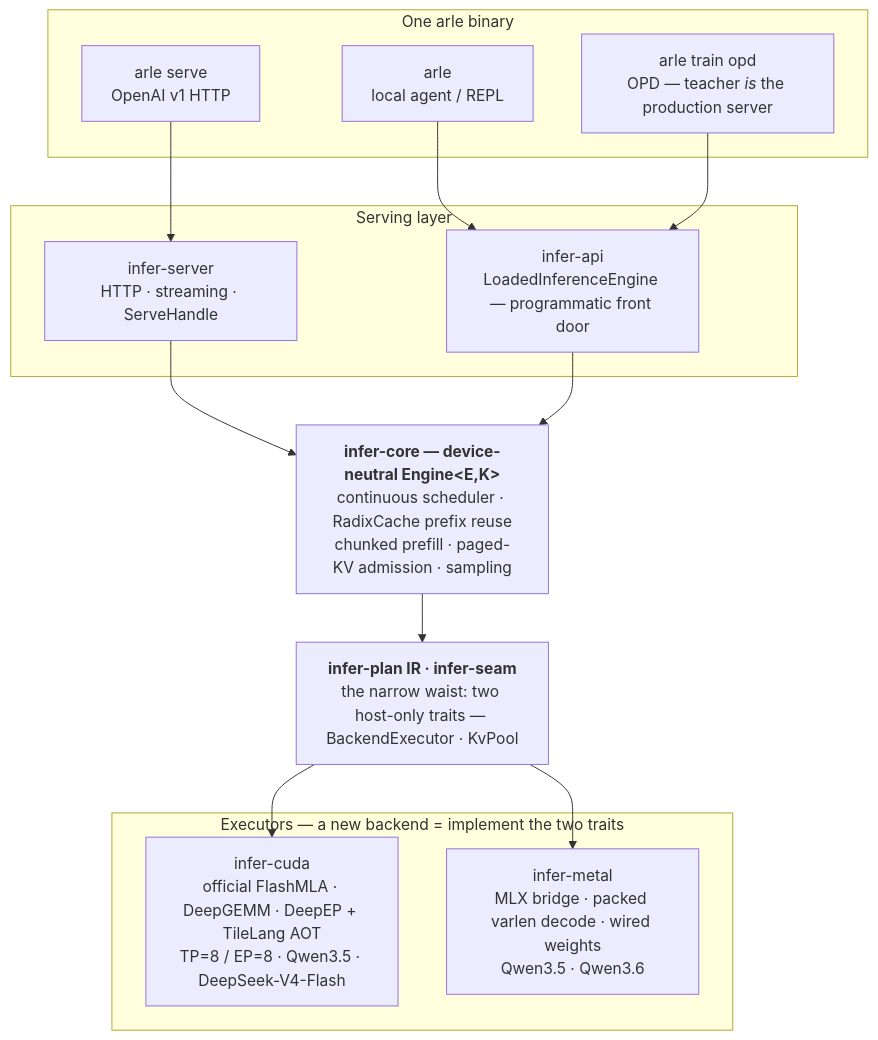
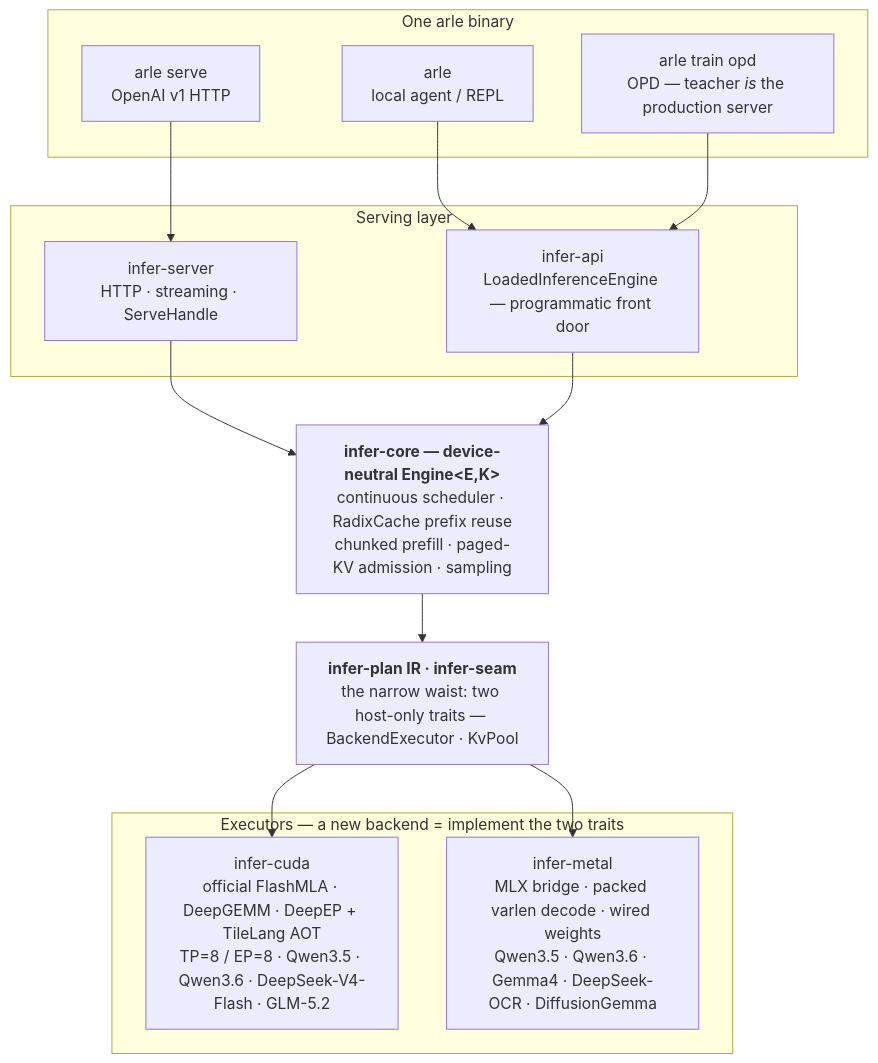
One commit to acupof-ai/arle changed the diagram in README.md. Above: the diagram before and after it, drawn with Mermaid. The commit also changed other lines of this file and 15 other files, not shown here.

````diff
--- a/README.md
+++ b/README.md
@@ -128,31 +128,31 @@
 ```mermaid
 flowchart TB
   subgraph Surfaces["One arle binary"]
     Serve["arle serve<br/>OpenAI v1 HTTP"]
     Agent["arle<br/>local agent / REPL"]
     Train["arle train opd<br/>OPD — teacher <i>is</i> the production server"]
   end
 
   subgraph Serving["Serving layer"]
     Server["infer-server<br/>HTTP · streaming · ServeHandle"]
     API["infer-api<br/>LoadedInferenceEngine — programmatic front door"]
   end
 
   Core["<b>infer-core — device-neutral Engine&lt;E,K&gt;</b><br/>continuous scheduler · RadixCache prefix reuse<br/>chunked prefill · paged-KV admission · sampling"]
 
   Seam["<b>infer-plan IR · infer-seam</b><br/>the narrow waist: two host-only traits — BackendExecutor · KvPool"]
 
   subgraph Exec["Executors — a new backend = implement the two traits"]
-    CUDA["infer-cuda<br/>official FlashMLA · DeepGEMM · DeepEP + TileLang AOT<br/>TP=8 / EP=8 · Qwen3.5 · DeepSeek-V4-Flash"]
-    Metal["infer-metal<br/>MLX bridge · packed varlen decode · wired weights<br/>Qwen3.5 · Qwen3.6"]
+    CUDA["infer-cuda<br/>official FlashMLA · DeepGEMM · DeepEP + TileLang AOT<br/>TP=8 / EP=8 · Qwen3.5 · Qwen3.6 · DeepSeek-V4-Flash · GLM-5.2"]
+    Metal["infer-metal<br/>MLX bridge · packed varlen decode · wired weights<br/>Qwen3.5 · Qwen3.6 · Gemma4 · DeepSeek-OCR · DiffusionGemma"]
   end
 
   Serve --> Server
   Agent --> API
   Train --> API
   Server --> Core
   API --> Core
   Core --> Seam
   Seam --> CUDA
   Seam --> Metal
 ```
````
